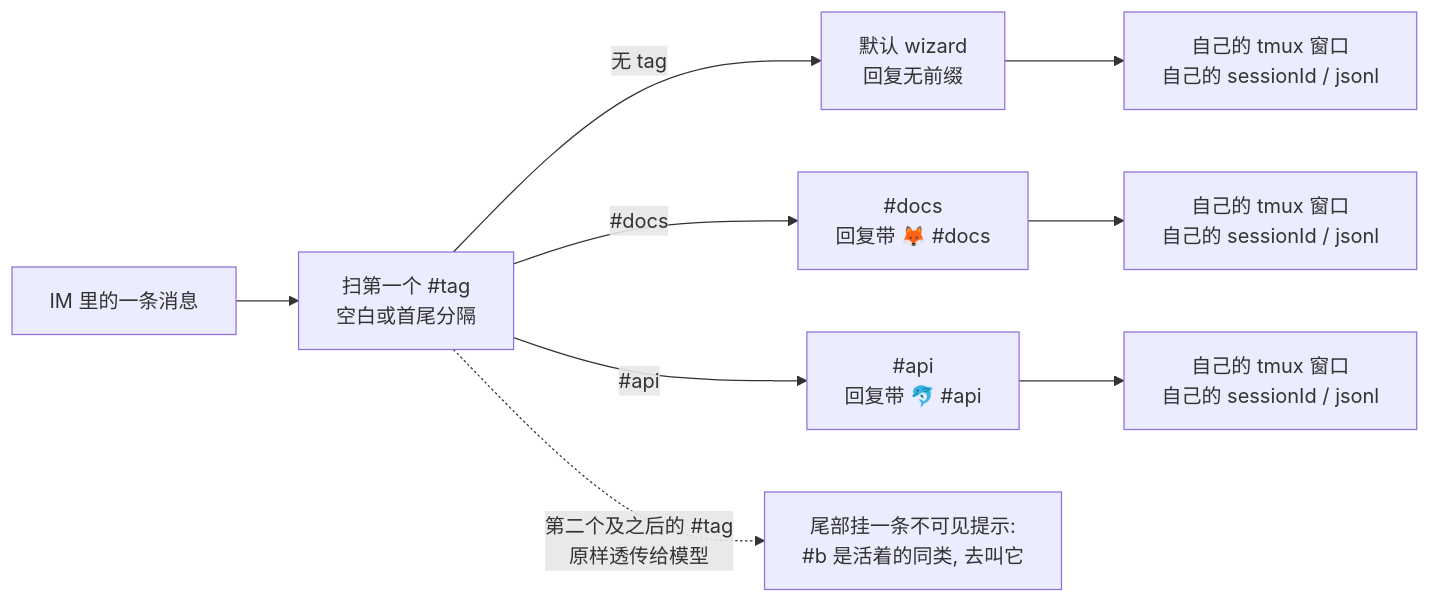
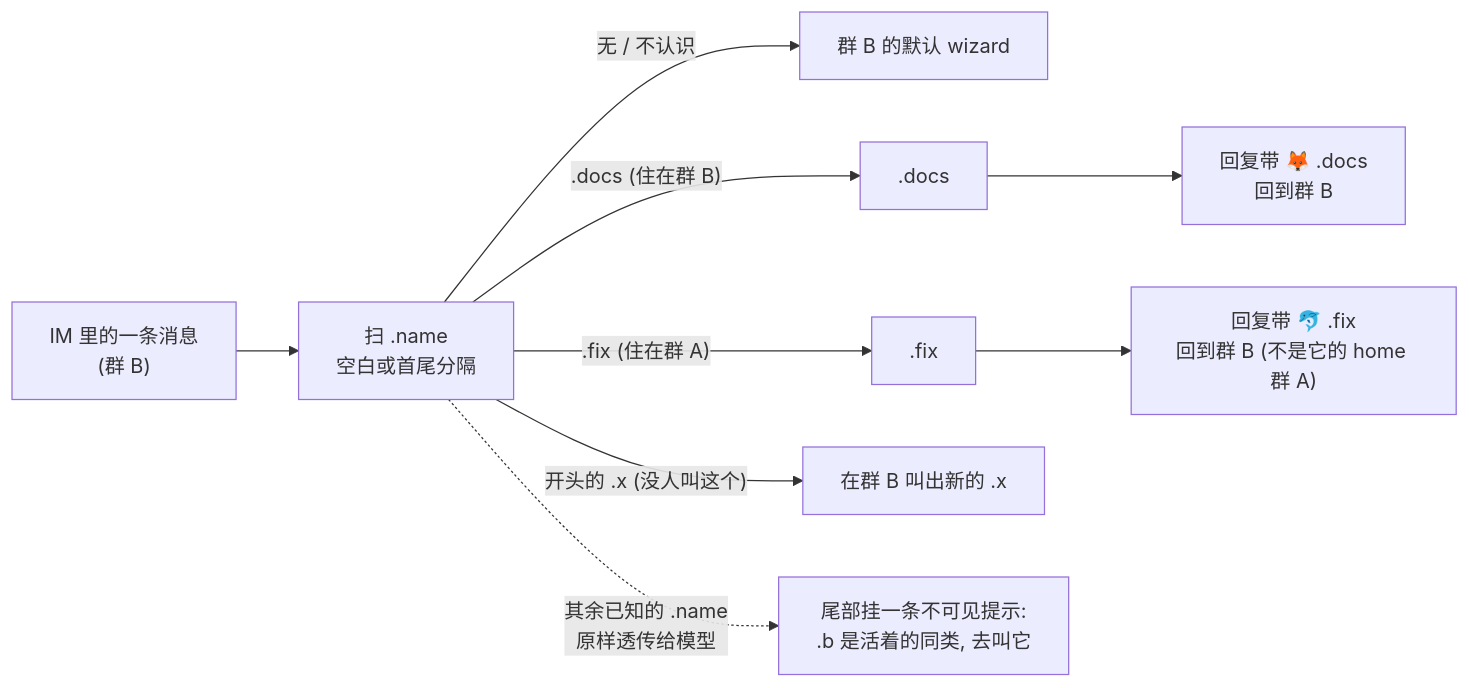
One commit to guxi11/wezard changed the third of 5 diagrams in README.md. Above: the diagram before and after it, drawn with Mermaid. The commit also changed other lines of this file and 28 other files, not shown here.

First line of the commit message:
feat(wizard)!: 全局唯一名字 .name、公开/私聊频道、chat 详情页 → rolepage

````diff
--- a/README.md
+++ b/README.md
@@ -197,11 +210,11 @@
 ```mermaid
 flowchart LR
-    msg["IM 里的一条消息"] --> scan["扫第一个 #tag<br/>空白或首尾分隔"]
-    scan -- "无 tag" --> dflt["默认 wizard<br/>回复无前缀"]
-    scan -- "#docs" --> docs["#docs<br/>回复带 🦊 #docs"]
-    scan -- "#api" --> api["#api<br/>回复带 🐬 #api"]
-    docs --> pane1["自己的 tmux 窗口<br/>自己的 sessionId / jsonl"]
-    api --> pane2["自己的 tmux 窗口<br/>自己的 sessionId / jsonl"]
-    dflt --> pane0["自己的 tmux 窗口<br/>自己的 sessionId / jsonl"]
-    scan -. "第二个及之后的 #tag<br/>原样透传给模型" .-> hint["尾部挂一条不可见提示:<br/>#b 是活着的同类, 去叫它"]
+    msg["IM 里的一条消息<br/>(群 B)"] --> scan["扫 .name<br/>空白或首尾分隔"]
+    scan -- "无 / 不认识" --> dflt["群 B 的默认 wizard"]
+    scan -- ".docs (住在群 B)" --> docs[".docs"]
+    scan -- ".fix (住在群 A)" --> fix[".fix"]
+    scan -- "开头的 .x (没人叫这个)" --> newx["在群 B 叫出新的 .x"]
+    docs --> back["回复带 🦊 .docs<br/>回到群 B"]
+    fix --> back2["回复带 🐬 .fix<br/>回到群 B (不是它的 home 群 A)"]
+    scan -. "其余已知的 .name<br/>原样透传给模型" .-> hint["尾部挂一条不可见提示:<br/>.b 是活着的同类, 去叫它"]
 ```
````
